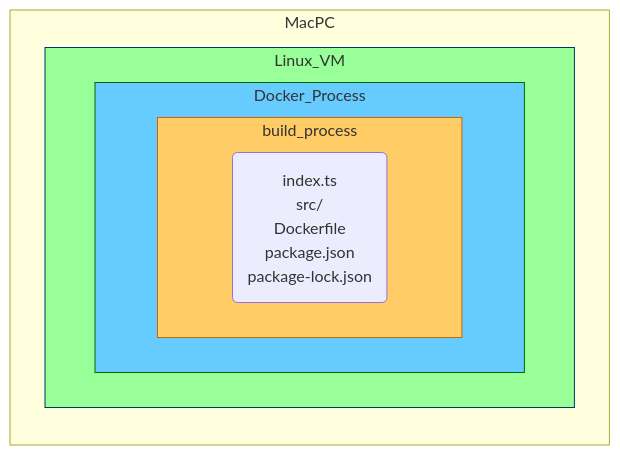
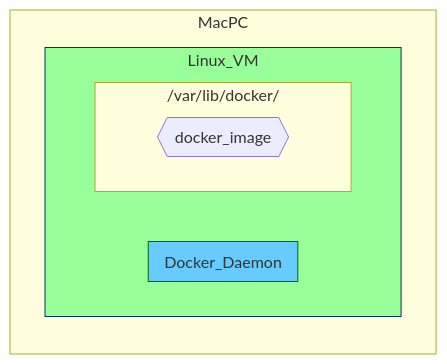
The fourth of 5 diagrams in articles/docker-build.md (higaki-takanori/zenn-books), drawn with Mermaid before and after one commit. The commit also changed other lines of this file, not shown here.

Commit message:
:sparkles: docker-buildの記事 docker daemon と docker client の概念を記事に追加

````diff
--- a/articles/docker-build.md
+++ b/articles/docker-build.md
@@ -132,16 +141,16 @@
 ```mermaid
 flowchart LR
-  context("index.ts<br>src/<br>Dockerfile<br>package.json<br>package-lock.json")
+    docker_image{{docker_image}}
     subgraph MacPC
         subgraph Linux_VM
-            subgraph Docker_Process
-                subgraph build_process[build_process]
-                  context
-                end
+            subgraph Docker_Daemon
+            end
+            subgraph /var/lib/docker/
+                docker_image
             end
         end
     end
     style Linux_VM fill:#99ff99,stroke:#003366
-    style Docker_Process fill:#66ccff,stroke:#006600
-    style build_process fill:#ffcc66,stroke:#cc6600
+    style Docker_Daemon fill:#66ccff,stroke:#006600
+%%    style Docker_Build_Process fill:#ffcc66,stroke:#cc6600
 ```
````
